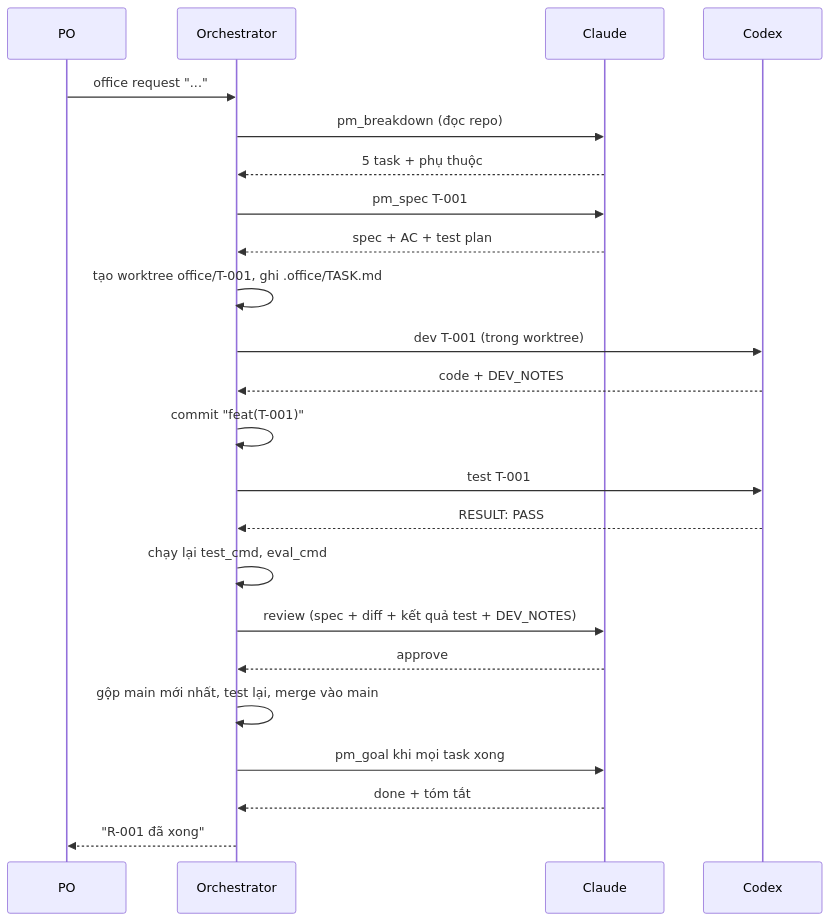
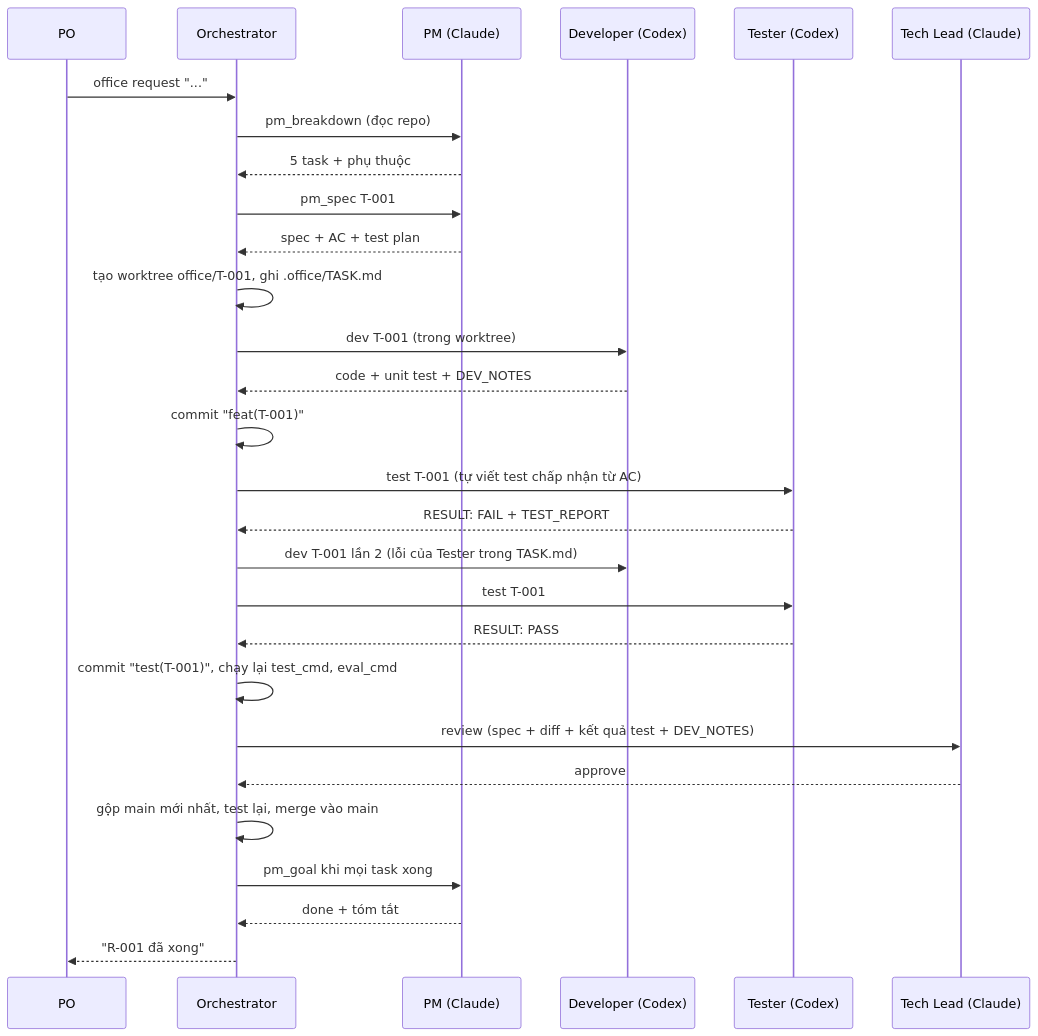
The second of 2 diagrams in docs/01-multi-agent.md (AnhHoangQuach/sportscut-ai), drawn with Mermaid before and after one commit. The commit also changed other lines of this file and 45 other files, not shown here.

First line of the commit message:
Agent Office: separate PM, Tech Lead, Developer and Tester agents

````diff
--- a/docs/01-multi-agent.md
+++ b/docs/01-multi-agent.md
@@ -91,25 +96,30 @@
 ```mermaid
 sequenceDiagram
   participant PO as PO
   participant O as Orchestrator
-  participant C as Claude
-  participant X as Codex
+  participant P as PM (Claude)
+  participant D as Developer (Codex)
+  participant T as Tester (Codex)
+  participant L as Tech Lead (Claude)
   PO->>O: office request "..."
-  O->>C: pm_breakdown (đọc repo)
-  C-->>O: 5 task + phụ thuộc
-  O->>C: pm_spec T-001
-  C-->>O: spec + AC + test plan
+  O->>P: pm_breakdown (đọc repo)
+  P-->>O: 5 task + phụ thuộc
+  O->>P: pm_spec T-001
+  P-->>O: spec + AC + test plan
   O->>O: tạo worktree office/T-001, ghi .office/TASK.md
-  O->>X: dev T-001 (trong worktree)
-  X-->>O: code + DEV_NOTES
+  O->>D: dev T-001 (trong worktree)
+  D-->>O: code + unit test + DEV_NOTES
   O->>O: commit "feat(T-001)"
-  O->>X: test T-001
-  X-->>O: RESULT: PASS
-  O->>O: chạy lại test_cmd, eval_cmd
-  O->>C: review (spec + diff + kết quả test + DEV_NOTES)
-  C-->>O: approve
+  O->>T: test T-001 (tự viết test chấp nhận từ AC)
+  T-->>O: RESULT: FAIL + TEST_REPORT
+  O->>D: dev T-001 lần 2 (lỗi của Tester trong TASK.md)
+  O->>T: test T-001
+  T-->>O: RESULT: PASS
+  O->>O: commit "test(T-001)", chạy lại test_cmd, eval_cmd
+  O->>L: review (spec + diff + kết quả test + DEV_NOTES)
+  L-->>O: approve
   O->>O: gộp main mới nhất, test lại, merge vào main
-  O->>C: pm_goal khi mọi task xong
-  C-->>O: done + tóm tắt
+  O->>P: pm_goal khi mọi task xong
+  P-->>O: done + tóm tắt
   O-->>PO: "R-001 đã xong"
 ```
````
